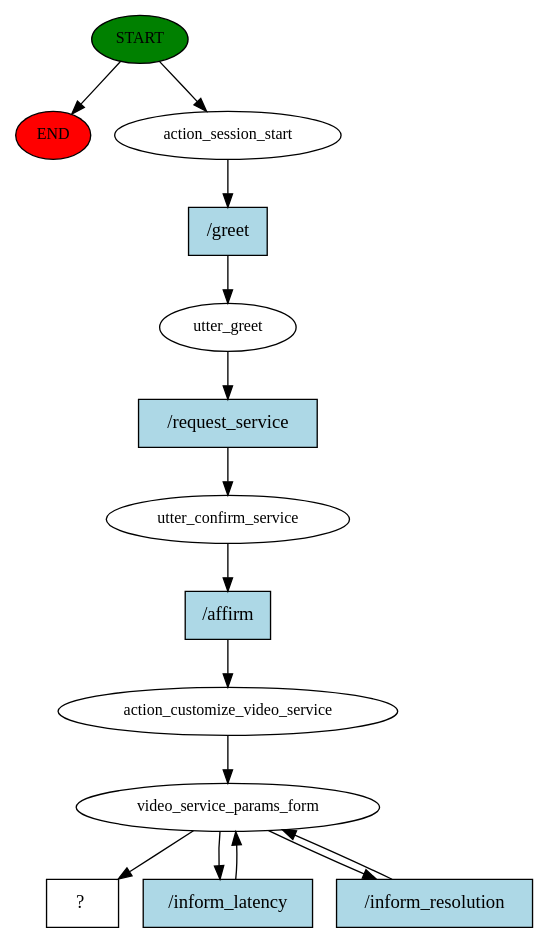
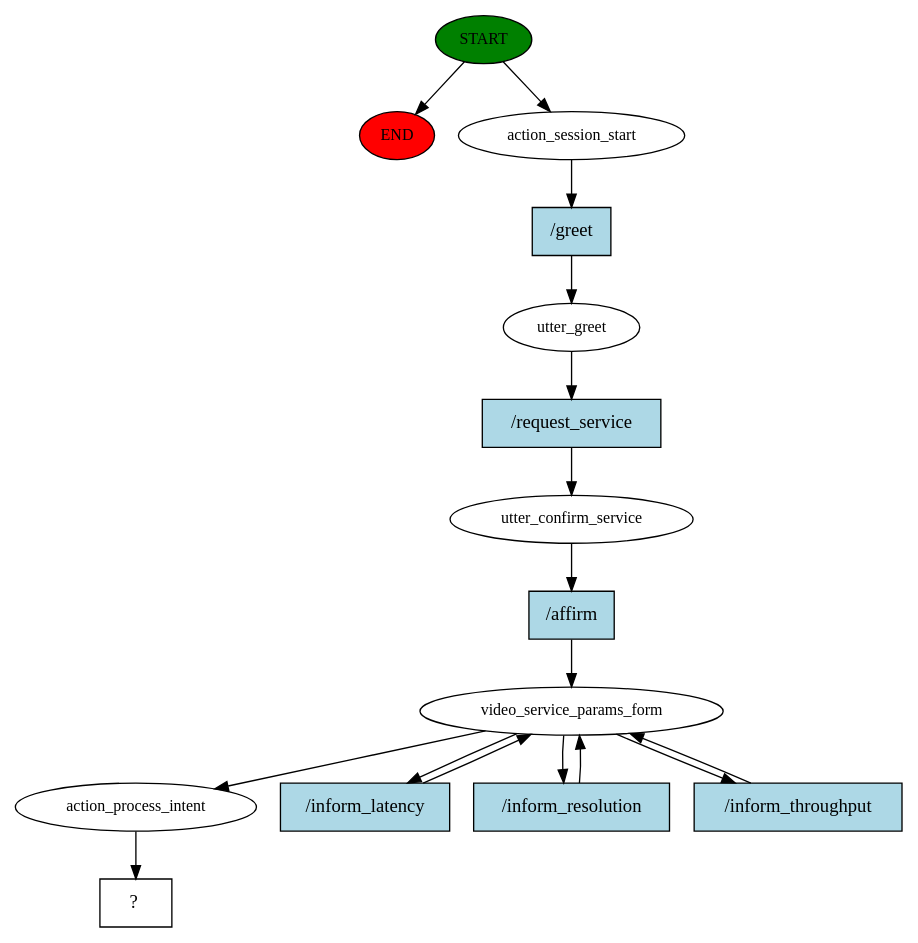
The diagram in customer-facing-system/intent-recognition-engine/story_graph.dot (AbdellahNassim/ibn-autonomous-system-3c), drawn with Graphviz before and after one commit. The commit also changed 10 other files, not shown here.

```diff
--- a/customer-facing-system/intent-recognition-engine/story_graph.dot
+++ b/customer-facing-system/intent-recognition-engine/story_graph.dot
@@ -1,29 +1,32 @@
 digraph  {
 0 [class="start active", fillcolor=green, fontsize=12, label=START, style=filled];
 "-1" [class=end, fillcolor=red, fontsize=12, label=END, style=filled];
 1 [class=active, fontsize=12, label=action_session_start];
 2 [class=active, fontsize=12, label=utter_greet];
 3 [class=active, fontsize=12, label=utter_confirm_service];
-4 [class=active, fontsize=12, label=action_customize_video_service];
-5 [class=active, fontsize=12, label=video_service_params_form];
-8 [class="intent dashed active", label="  ?  ", shape=rect];
-9 [class="intent active", fillcolor=lightblue, label="/greet", shape=rect, style=filled];
-10 [class="intent active", fillcolor=lightblue, label="/request_service", shape=rect, style=filled];
-11 [class="intent active", fillcolor=lightblue, label="/affirm", shape=rect, style=filled];
-12 [class="intent active", fillcolor=lightblue, label="/inform_latency", shape=rect, style=filled];
-13 [class="intent active", fillcolor=lightblue, label="/inform_resolution", shape=rect, style=filled];
+4 [class=active, fontsize=12, label=video_service_params_form];
+8 [class=active, fontsize=12, label=action_process_intent];
+9 [class="intent dashed active", label="  ?  ", shape=rect];
+10 [class="intent active", fillcolor=lightblue, label="/greet", shape=rect, style=filled];
+11 [class="intent active", fillcolor=lightblue, label="/request_service", shape=rect, style=filled];
+12 [class="intent active", fillcolor=lightblue, label="/affirm", shape=rect, style=filled];
+13 [class="intent active", fillcolor=lightblue, label="/inform_latency", shape=rect, style=filled];
+14 [class="intent active", fillcolor=lightblue, label="/inform_resolution", shape=rect, style=filled];
+15 [class="intent active", fillcolor=lightblue, label="/inform_throughput", shape=rect, style=filled];
 0 -> "-1"  [class="", key=NONE, label=""];
 0 -> 1  [class=active, key=NONE, label=""];
-1 -> 9  [class=active, key=0];
-2 -> 10  [class=active, key=0];
-3 -> 11  [class=active, key=0];
-4 -> 5  [class=active, key=NONE, label=""];
-5 -> 8  [class=active, key=NONE, label=""];
-5 -> 12  [class=active, key=0];
-5 -> 13  [class=active, key=0];
-9 -> 2  [class=active, key=0];
-10 -> 3  [class=active, key=0];
-11 -> 4  [class=active, key=0];
-12 -> 5  [class=active, key=0];
-13 -> 5  [class=active, key=0];
+1 -> 10  [class=active, key=0];
+2 -> 11  [class=active, key=0];
+3 -> 12  [class=active, key=0];
+4 -> 8  [class=active, key=NONE, label=""];
+4 -> 13  [class=active, key=0];
+4 -> 14  [class=active, key=0];
+4 -> 15  [class=active, key=0];
+8 -> 9  [class=active, key=NONE, label=""];
+10 -> 2  [class=active, key=0];
+11 -> 3  [class=active, key=0];
+12 -> 4  [class=active, key=0];
+13 -> 4  [class=active, key=0];
+14 -> 4  [class=active, key=0];
+15 -> 4  [class=active, key=0];
 }
```
